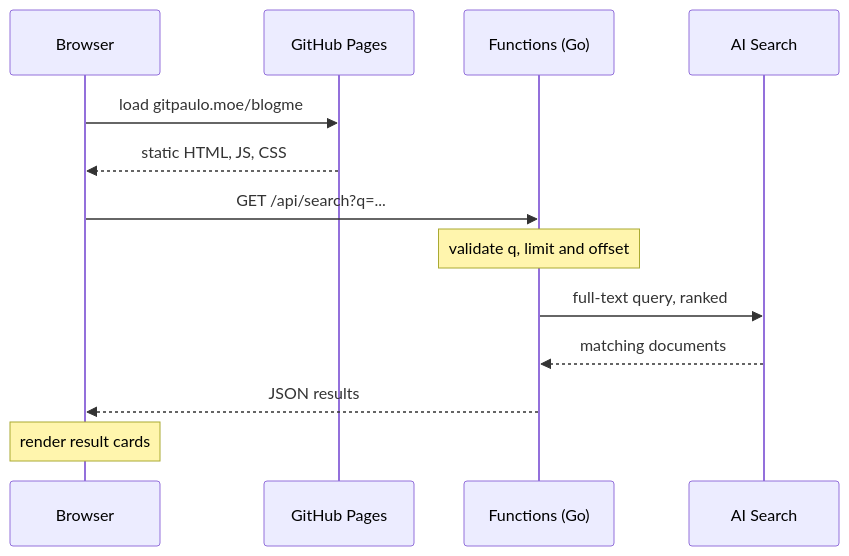
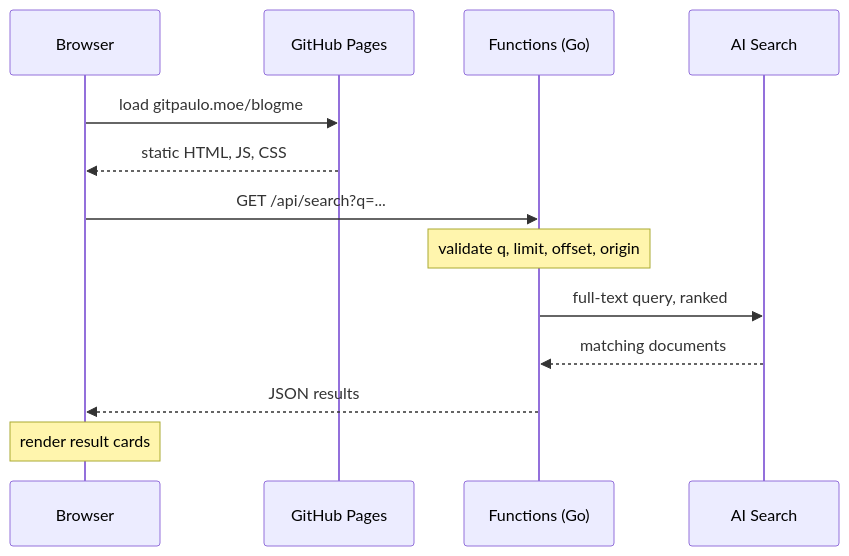
One commit to GitPaulo/blogme changed the third of 5 diagrams in docs/how-it-works.md. Above: the diagram before and after it, drawn with Mermaid. The commit also changed other lines of this file and 3 other files, not shown here.

````diff
--- a/docs/how-it-works.md
+++ b/docs/how-it-works.md
@@ -88,16 +103,16 @@
 ```mermaid
 sequenceDiagram
     participant U as Browser
     participant P as GitHub Pages
     participant F as Functions (Go)
     participant S as AI Search
 
     U->>P: load gitpaulo.moe/blogme
     P-->>U: static HTML, JS, CSS
     U->>F: GET /api/search?q=...
-    Note over F: validate q, limit and offset
+    Note over F: validate q, limit, offset, origin
     F->>S: full-text query, ranked
     S-->>F: matching documents
     F-->>U: JSON results
     Note over U: render result cards
 ```
````
